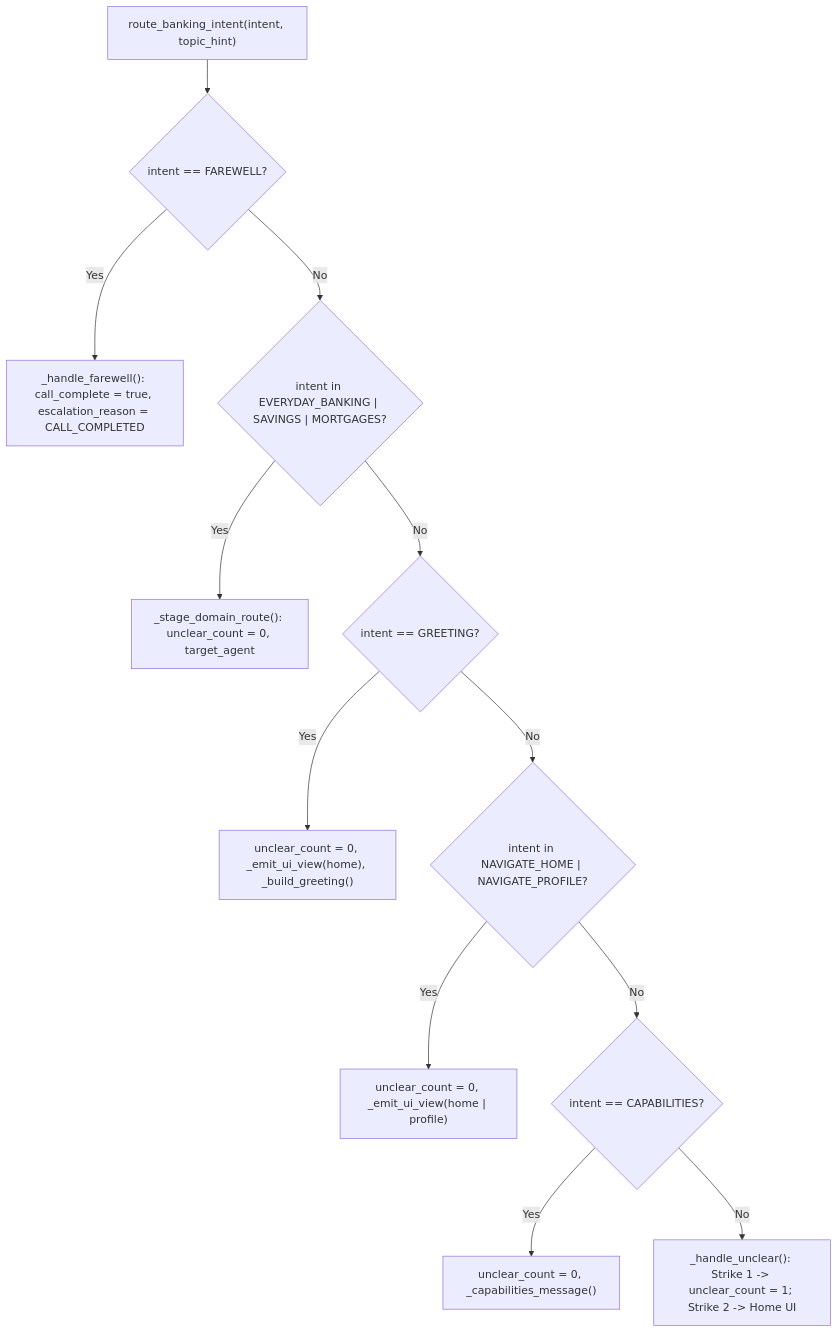
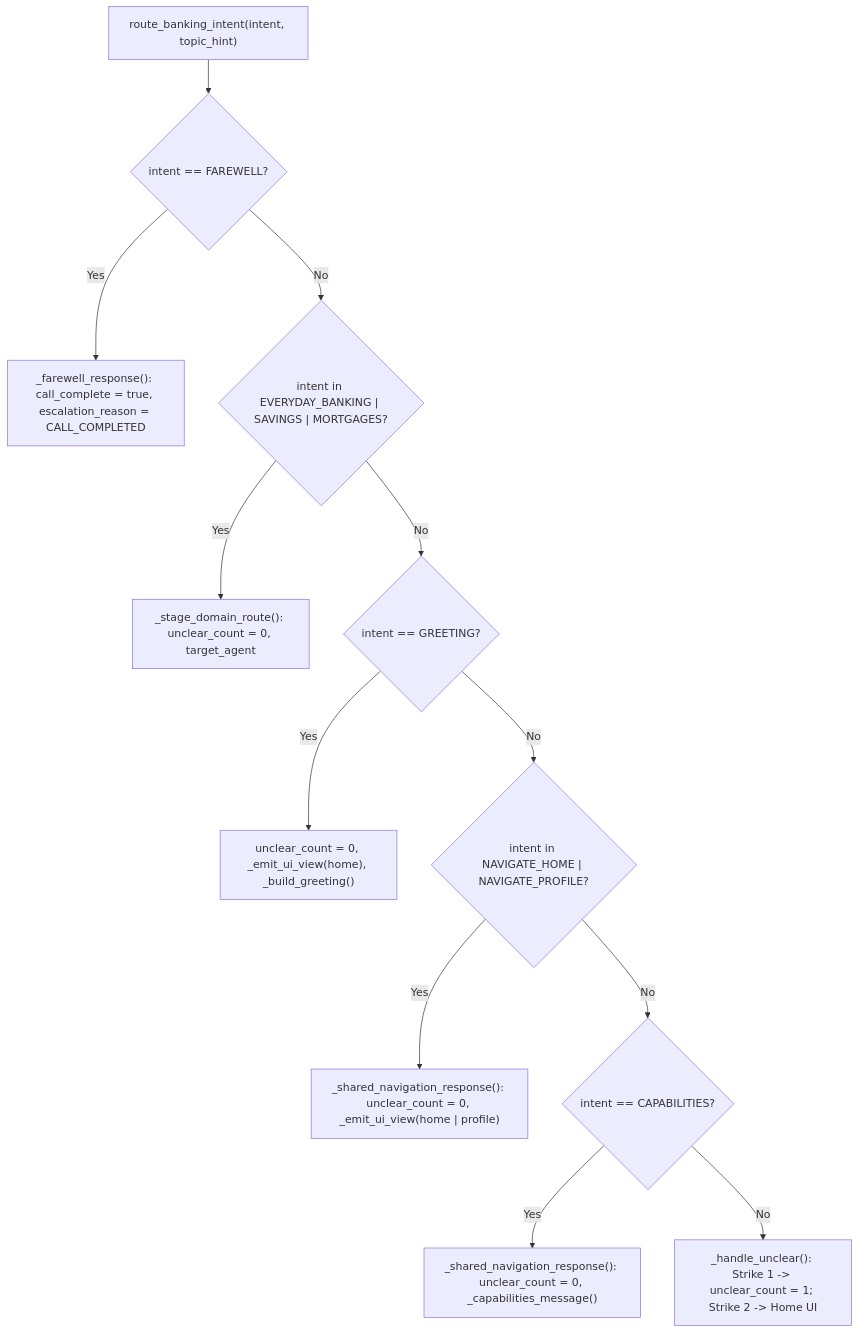
The diagram in docs/tools/route_banking_intent.md (oliviervg1/gecx-bank-demo), drawn with Mermaid before and after one commit. The commit also changed other lines of this file and 8 other files, not shown here.

````diff
--- a/docs/tools/route_banking_intent.md
+++ b/docs/tools/route_banking_intent.md
@@ -19,14 +19,14 @@
 ```mermaid
 flowchart TD
     Entry["route_banking_intent(intent, topic_hint)"] --> Farewell{"intent == FAREWELL?"}
-    Farewell -->|"Yes"| HFarewell["_handle_farewell(): call_complete = true, escalation_reason = CALL_COMPLETED"]
+    Farewell -->|"Yes"| HFarewell["_farewell_response(): call_complete = true, escalation_reason = CALL_COMPLETED"]
     Farewell -->|"No"| Domain{"intent in EVERYDAY_BANKING | SAVINGS | MORTGAGES?"}
     Domain -->|"Yes"| HStage["_stage_domain_route(): unclear_count = 0, target_agent"]
     Domain -->|"No"| Greet{"intent == GREETING?"}
     Greet -->|"Yes"| HGreet["unclear_count = 0, _emit_ui_view(home), _build_greeting()"]
     Greet -->|"No"| Nav{"intent in NAVIGATE_HOME | NAVIGATE_PROFILE?"}
-    Nav -->|"Yes"| HNav["unclear_count = 0, _emit_ui_view(home | profile)"]
+    Nav -->|"Yes"| HNav["_shared_navigation_response(): unclear_count = 0, _emit_ui_view(home | profile)"]
     Nav -->|"No"| Cap{"intent == CAPABILITIES?"}
-    Cap -->|"Yes"| HCap["unclear_count = 0, _capabilities_message()"]
+    Cap -->|"Yes"| HCap["_shared_navigation_response(): unclear_count = 0, _capabilities_message()"]
     Cap -->|"No"| HUnclear["_handle_unclear(): Strike 1 -> unclear_count = 1; Strike 2 -> Home UI"]
 ```
````
